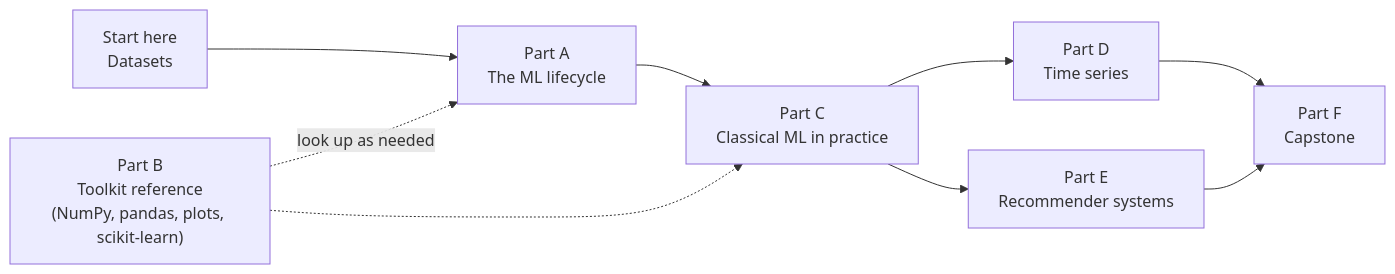
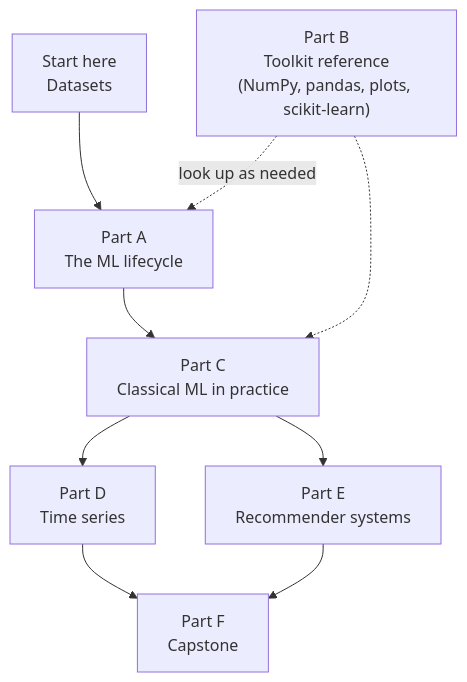
One commit to sampriti-sr/MLP_Course changed the diagram in docs/getting-started/learning-path.md. Above: the diagram before and after it, drawn with Mermaid. The commit also changed 3 other files, not shown here.

Commit message:
style(site): wrap long notebook code lines; make wide Mermaid flowcharts top-down so text stays readable

````diff
--- a/docs/getting-started/learning-path.md
+++ b/docs/getting-started/learning-path.md
@@ -5,11 +5,11 @@
 ```mermaid
-flowchart LR
+flowchart TD
     S["Start here<br/>Datasets"] --> A["Part A<br/>The ML lifecycle"]
     A --> C["Part C<br/>Classical ML in practice"]
     C --> D["Part D<br/>Time series"]
     C --> E["Part E<br/>Recommender systems"]
     D --> F["Part F<br/>Capstone"]
     E --> F
     B["Part B<br/>Toolkit reference<br/>(NumPy, pandas, plots, scikit-learn)"] -.look up as needed.-> A
     B -.-> C
 ```
````
